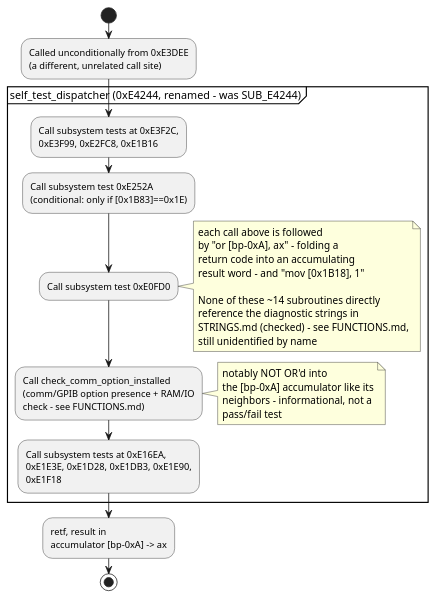
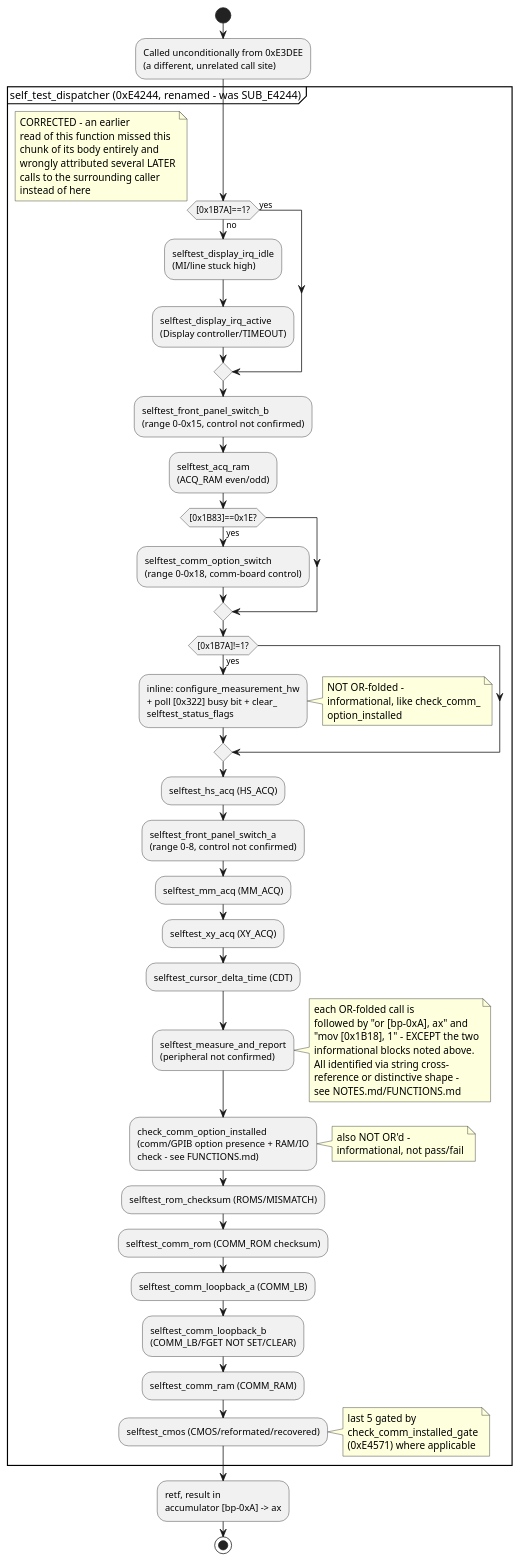
Before and after one commit to Mwwhited-BookLearning/tektronix-2230: the fourth of 5 diagrams in JUMP_MAP.md, drawn with PlantUML. The commit also changed 10 other files, not shown here.

````diff
--- a/JUMP_MAP.md
+++ b/JUMP_MAP.md
@@ -107,20 +107,48 @@
 ```plantuml
 @startuml
 start
 :Called unconditionally from 0xE3DEE\n(a different, unrelated call site);
 
 partition "self_test_dispatcher (0xE4244, renamed - was SUB_E4244)" {
-  :Call subsystem tests at 0xE3F2C,\n0xE3F99, 0xE2FC8, 0xE1B16;
-  :Call subsystem test 0xE252A\n(conditional: only if [0x1B83]==0x1E);
-  :Call subsystem test 0xE0FD0;
-  note right: each call above is followed\nby "or [bp-0xA], ax" - folding a\nreturn code into an accumulating\nresult word - and "mov [0x1B18], 1"\n\nNone of these ~14 subroutines directly\nreference the diagnostic strings in\nSTRINGS.md (checked) - see FUNCTIONS.md,\nstill unidentified by name
+  if ([0x1B7A]==1?) then (yes)
+  else (no)
+    :selftest_display_irq_idle\n(MI/line stuck high);
+    :selftest_display_irq_active\n(Display controller/TIMEOUT);
+  endif
+  note right: CORRECTED - an earlier\nread of this function missed this\nchunk of its body entirely and\nwrongly attributed several LATER\ncalls to the surrounding caller\ninstead of here
 
-  :Call check_comm_option_installed\n(comm/GPIB option presence + RAM/IO\ncheck - see FUNCTIONS.md);
-  note right: notably NOT OR'd into\nthe [bp-0xA] accumulator like its\nneighbors - informational, not a\npass/fail test
+  :selftest_front_panel_switch_b\n(range 0-0x15, control not confirmed);
+  :selftest_acq_ram\n(ACQ_RAM even/odd);
 
-  :Call subsystem tests at 0xE16EA,\n0xE1E3E, 0xE1D28, 0xE1DB3, 0xE1E90,\n0xE1F18;
+  if ([0x1B83]==0x1E?) then (yes)
+    :selftest_comm_option_switch\n(range 0-0x18, comm-board control);
+  endif
+
+  if ([0x1B7A]!=1?) then (yes)
+    :inline: configure_measurement_hw\n+ poll [0x322] busy bit + clear_\nselftest_status_flags;
+    note right: NOT OR-folded -\ninformational, like check_comm_\noption_installed
+  endif
+
+  :selftest_hs_acq (HS_ACQ);
+  :selftest_front_panel_switch_a\n(range 0-8, control not confirmed);
+  :selftest_mm_acq (MM_ACQ);
+  :selftest_xy_acq (XY_ACQ);
+  :selftest_cursor_delta_time (CDT);
+  :selftest_measure_and_report\n(peripheral not confirmed);
+  note right: each OR-folded call is\nfollowed by "or [bp-0xA], ax" and\n"mov [0x1B18], 1" - EXCEPT the two\ninformational blocks noted above.\nAll identified via string cross-\nreference or distinctive shape -\nsee NOTES.md/FUNCTIONS.md
+
+  :check_comm_option_installed\n(comm/GPIB option presence + RAM/IO\ncheck - see FUNCTIONS.md);
+  note right: also NOT OR'd -\ninformational, not pass/fail
+
+  :selftest_rom_checksum (ROMS/MISMATCH);
+  :selftest_comm_rom (COMM_ROM checksum);
+  :selftest_comm_loopback_a (COMM_LB);
+  :selftest_comm_loopback_b\n(COMM_LB/FGET NOT SET/CLEAR);
+  :selftest_comm_ram (COMM_RAM);
+  :selftest_cmos (CMOS/reformated/recovered);
+  note right: last 5 gated by\ncheck_comm_installed_gate\n(0xE4571) where applicable
 }
 :retf, result in\naccumulator [bp-0xA] -> ax;
 stop
 @enduml
 ```
````
